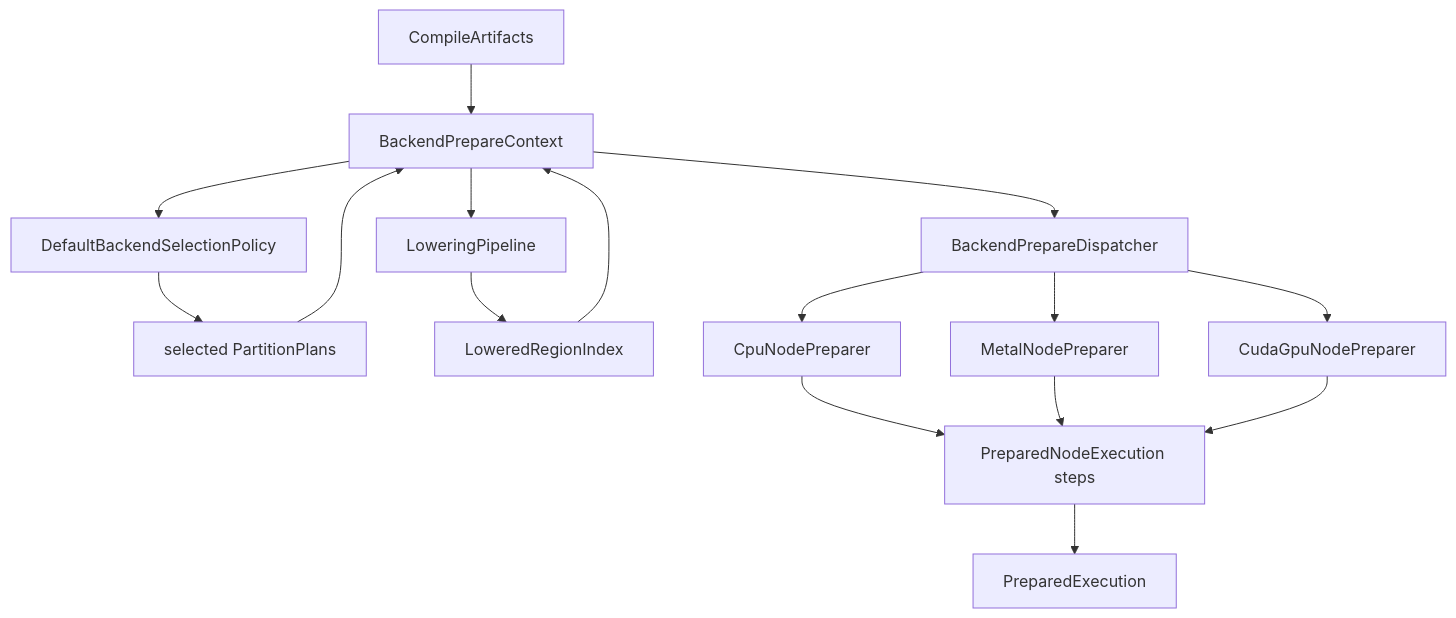
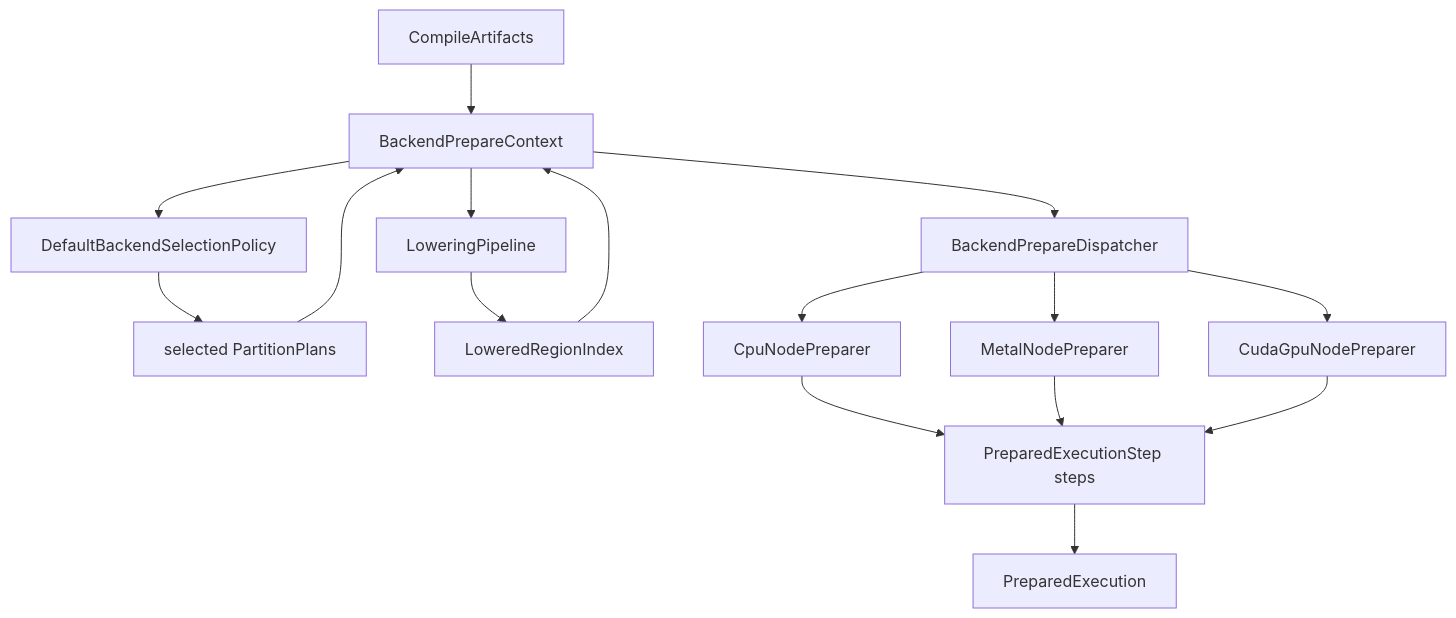
Before and after one commit to pho001/Synaptik: the sixth of 8 diagrams in docs/compute-flow.md, drawn with Mermaid. The commit also changed other lines of this file and 48 other files, not shown here.

Commit message:
graph: start prepared execution cleanup

````diff
--- a/docs/compute-flow.md
+++ b/docs/compute-flow.md
@@ -685,27 +685,27 @@
 ```mermaid
 flowchart TD
     Artifacts["CompileArtifacts"]
     Context["BackendPrepareContext"]
     Select["DefaultBackendSelectionPolicy"]
     Plans["selected PartitionPlans"]
     Lower["LoweringPipeline"]
     Regions["LoweredRegionIndex"]
     Dispatch["BackendPrepareDispatcher"]
     CPU["CpuNodePreparer"]
     Metal["MetalNodePreparer"]
     CUDA["CudaGpuNodePreparer"]
-    Steps["PreparedNodeExecution steps"]
+    Steps["PreparedExecutionStep steps"]
     Prepared["PreparedExecution"]
 
     Artifacts --> Context
     Context --> Select --> Plans --> Context
     Context --> Lower --> Regions --> Context
     Context --> Dispatch
     Dispatch --> CPU
     Dispatch --> Metal
     Dispatch --> CUDA
     CPU --> Steps
     Metal --> Steps
     CUDA --> Steps
     Steps --> Prepared
 ```
````
